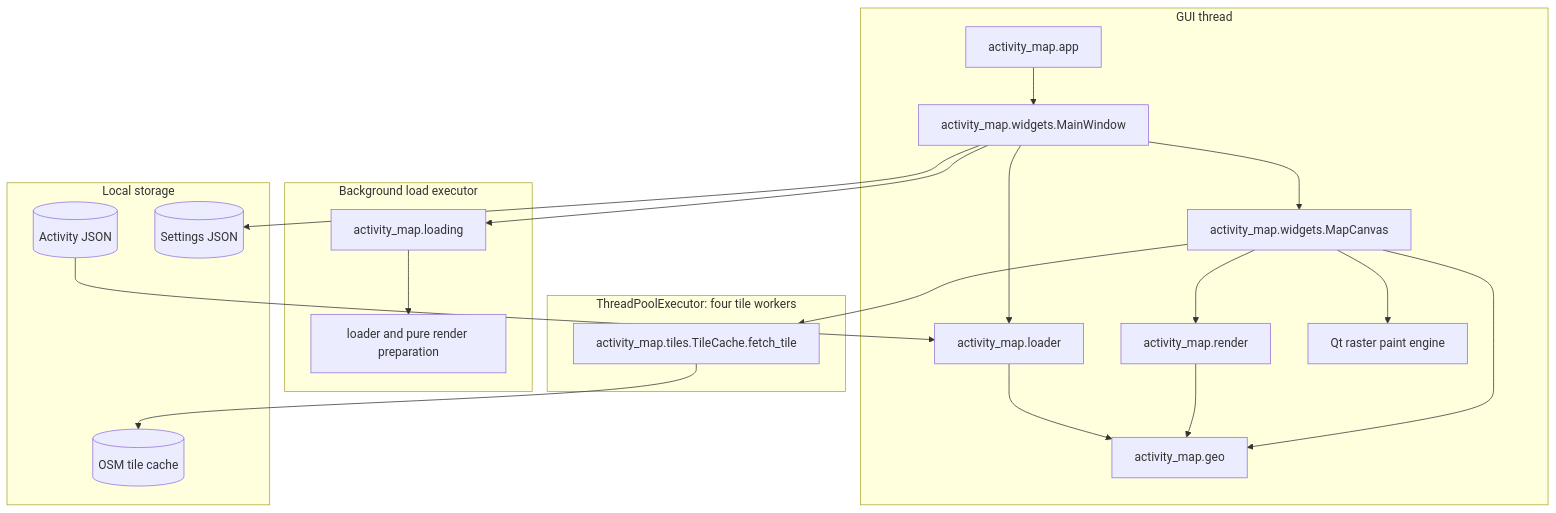
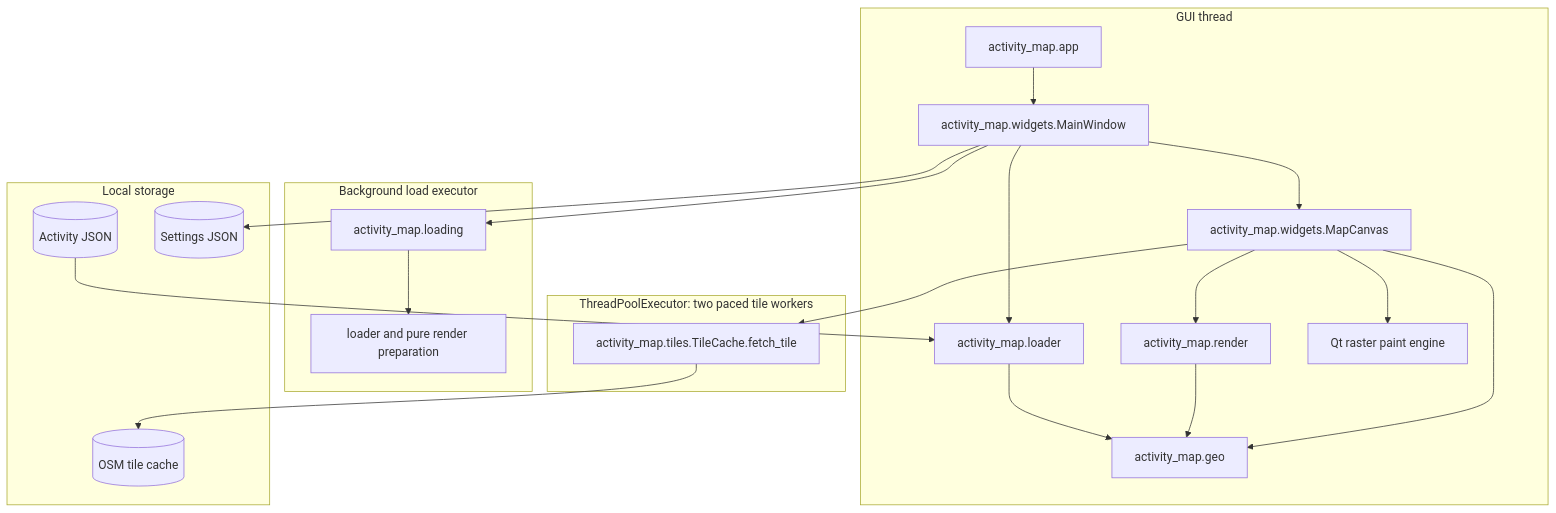
The third of 3 diagrams in documents/data_flow.md (marcelpetrick/GarminActivityMap), drawn with Mermaid before and after one commit. The commit also changed other lines of this file and 5 other files, not shown here.

First line of the commit message:
docs: bring plan and data-flow notes back in line with the code

````diff
--- a/documents/data_flow.md
+++ b/documents/data_flow.md
@@ -136,42 +138,42 @@
 ```mermaid
 flowchart TB
   subgraph GUI["GUI thread"]
     APP[activity_map.app]
     W[activity_map.widgets.MainWindow]
     C[activity_map.widgets.MapCanvas]
     L[activity_map.loader]
     R[activity_map.render]
     G[activity_map.geo]
     Q[Qt raster paint engine]
   end
 
-  subgraph WORKERS["ThreadPoolExecutor: four tile workers"]
+  subgraph WORKERS["ThreadPoolExecutor: two paced tile workers"]
     TC[activity_map.tiles.TileCache.fetch_tile]
   end
 
   subgraph LOAD["Background load executor"]
     LC[activity_map.loading]
     LP[loader and pure render preparation]
   end
 
   subgraph STORAGE["Local storage"]
     J[(Activity JSON)]
     TI[(OSM tile cache)]
     ST[(Settings JSON)]
   end
 
   APP --> W
   W --> L
   W --> LC
   LC --> LP
   J --> L
   W --> C
   C --> R
   L --> G
   R --> G
   C --> G
   C --> Q
   C --> TC
   TC --> TI
   W --> ST
 ```
````
